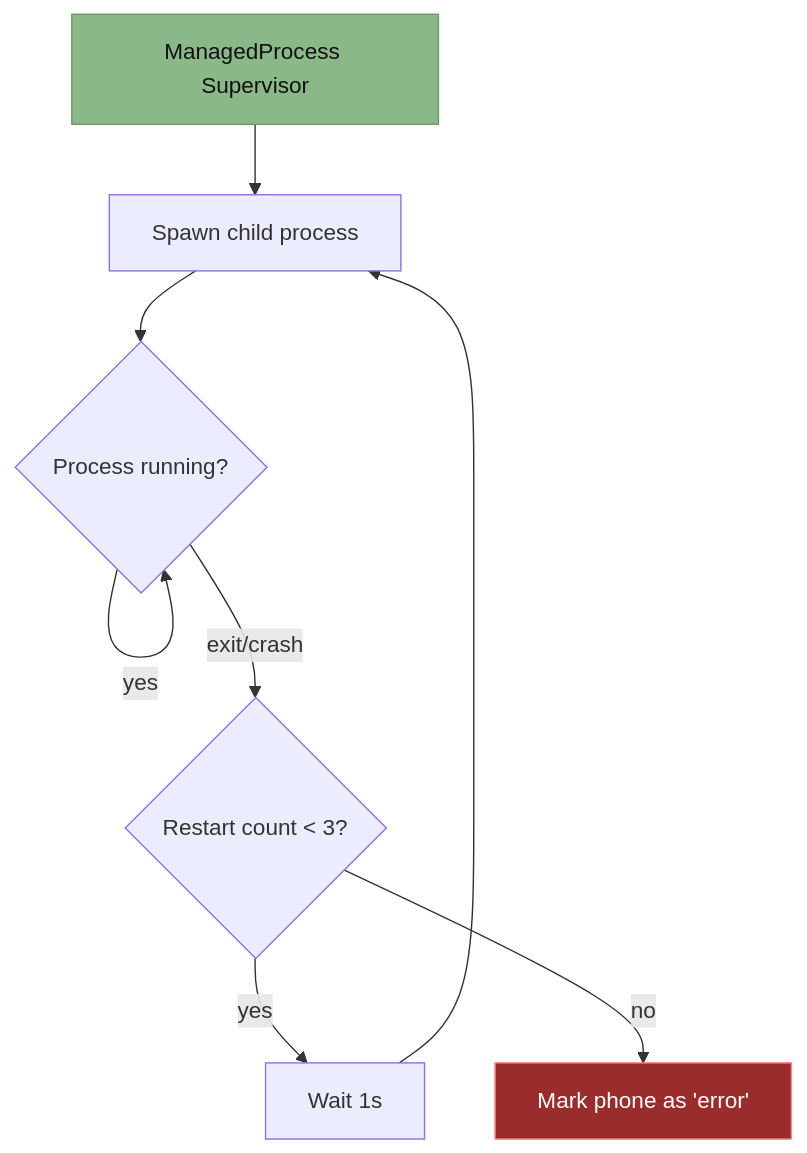
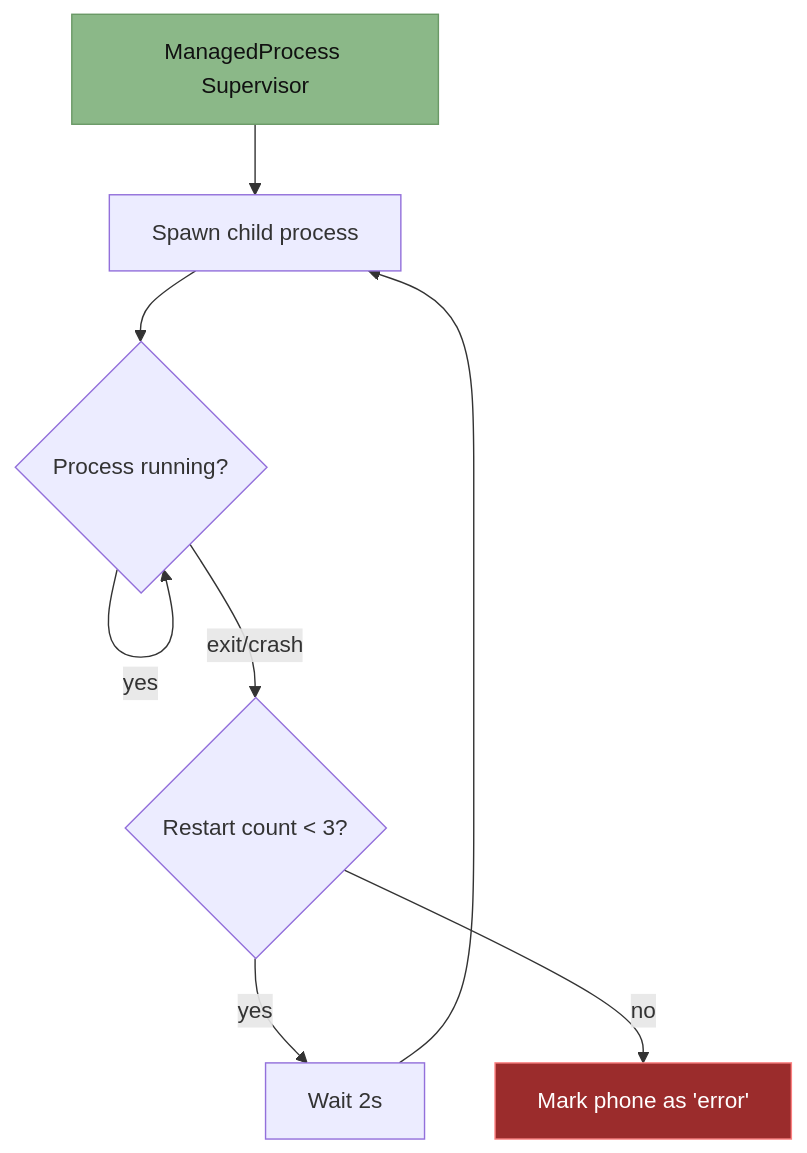
Before and after one commit to mhd12e/MAS: diagram 13 of 15 in docs/getting-started/how-it-works.md, drawn with Mermaid. The commit also changed other lines of this file and 3 other files, not shown here.

````diff
--- a/docs/getting-started/how-it-works.md
+++ b/docs/getting-started/how-it-works.md
@@ -396,12 +399,12 @@
 ```mermaid
 graph TD
     SUPERVISOR[ManagedProcess Supervisor] --> SPAWN[Spawn child process]
     SPAWN --> RUNNING{Process running?}
     RUNNING -->|yes| RUNNING
     RUNNING -->|exit/crash| CHECK{Restart count < 3?}
-    CHECK -->|yes| WAIT[Wait 1s] --> SPAWN
+    CHECK -->|yes| WAIT[Wait 2s] --> SPAWN
     CHECK -->|no| ERROR[Mark phone as 'error']
 
     style SUPERVISOR fill:#8BB888,stroke:#6a9966,color:#111
     style ERROR fill:#9b2c2c,stroke:#fc8181,color:#fff
 ```
````
